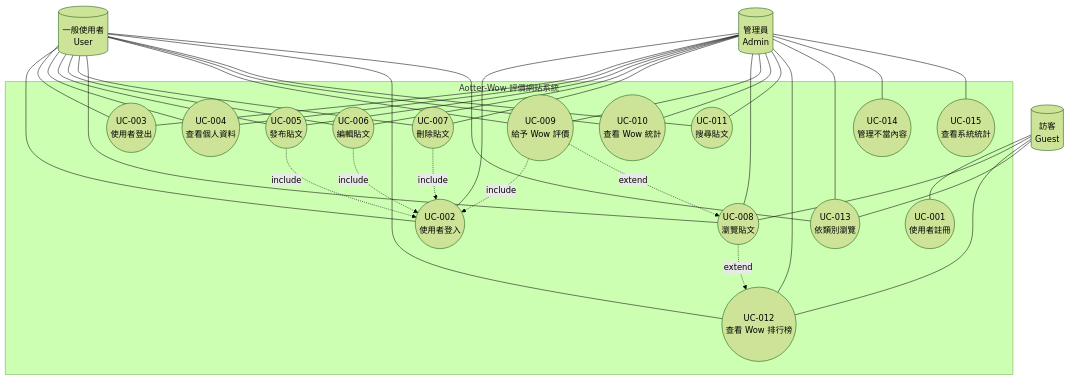
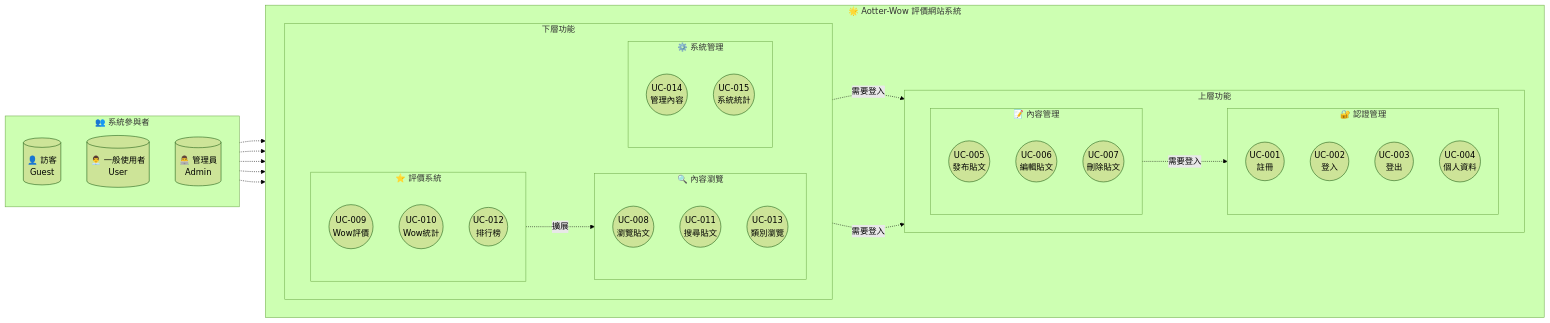
One commit to ayugioh2003/ooad-ai changed the first of 3 diagrams in aotter-wow-system/docs/use-cases.md. Above: the diagram before and after it, drawn with Mermaid (forest theme). The commit also changed other lines of this file, not shown here.

Commit message:
feat: 更新使用案例圖，改善參與者與功能模組的視覺化，增強可讀性與結構

````diff
--- a/aotter-wow-system/docs/use-cases.md
+++ b/aotter-wow-system/docs/use-cases.md
@@ -13,89 +13,77 @@
 ```mermaid
-flowchart TD
-    %% 參與者
-    Guest[("訪客<br/>Guest")]
-    User[("一般使用者<br/>User")]
-    Admin[("管理員<br/>Admin")]
+flowchart LR
+    %% 參與者定義 (左側)
+    subgraph Actors ["👥 系統參與者"]
+        direction TB
+        Guest[("👤 訪客<br/>Guest")]
+        User[("👨‍💼 一般使用者<br/>User")]
+        Admin[("👨‍💻 管理員<br/>Admin")]
+    end
     
-    %% 使用案例
-    UC001(("UC-001<br/>使用者註冊"))
-    UC002(("UC-002<br/>使用者登入"))
-    UC003(("UC-003<br/>使用者登出"))
-    UC004(("UC-004<br/>查看個人資料"))
-    UC005(("UC-005<br/>發布貼文"))
-    UC006(("UC-006<br/>編輯貼文"))
-    UC007(("UC-007<br/>刪除貼文"))
-    UC008(("UC-008<br/>瀏覽貼文"))
-    UC009(("UC-009<br/>給予 Wow 評價"))
-    UC010(("UC-010<br/>查看 Wow 統計"))
-    UC011(("UC-011<br/>搜尋貼文"))
-    UC012(("UC-012<br/>查看 Wow 排行榜"))
-    UC013(("UC-013<br/>依類別瀏覽"))
-    UC014(("UC-014<br/>管理不當內容"))
-    UC015(("UC-015<br/>查看系統統計"))
+    %% 系統邊界與功能分組 (橫向排列)
+    subgraph System ["🌟 Aotter-Wow 評價網站系統"]
+        direction LR
+        
+        %% 第一排功能模組
+        subgraph Row1 ["上層功能"]
+            direction LR
+            
+            subgraph Auth ["🔐 認證管理"]
+                direction TB
+                UC001(("UC-001<br/>註冊"))
+                UC002(("UC-002<br/>登入"))
+                UC003(("UC-003<br/>登出"))
+                UC004(("UC-004<br/>個人資料"))
+            end
+            
+            subgraph Content ["📝 內容管理"]
+                direction TB
+                UC005(("UC-005<br/>發布貼文"))
+                UC006(("UC-006<br/>編輯貼文"))
+                UC007(("UC-007<br/>刪除貼文"))
+            end
+        end
+        
+        %% 第二排功能模組
+        subgraph Row2 ["下層功能"]
+            direction LR
+            
+            subgraph Browse ["🔍 內容瀏覽"]
+                direction TB
+                UC008(("UC-008<br/>瀏覽貼文"))
+                UC011(("UC-011<br/>搜尋貼文"))
+                UC013(("UC-013<br/>類別瀏覽"))
+            end
+            
+            subgraph Rating ["⭐ 評價系統"]
+                direction TB
+                UC009(("UC-009<br/>Wow評價"))
+                UC010(("UC-010<br/>Wow統計"))
+                UC012(("UC-012<br/>排行榜"))
+            end
+            
+            subgraph Management ["⚙️ 系統管理"]
+                direction TB
+                UC014(("UC-014<br/>管理內容"))
+                UC015(("UC-015<br/>系統統計"))
+            end
+        end
+    end
     
-    %% 訪客的使用案例
-    Guest --- UC001
-    Guest --- UC008
-    Guest --- UC012
-    Guest --- UC013
+    %% 參與者與功能的連接 (簡化線條)
+    Actors -.-> Auth
+    Actors -.-> Browse
     
-    %% 一般使用者的使用案例
-    User --- UC002
-    User --- UC003
-    User --- UC004
-    User --- UC005
-    User --- UC006
-    User --- UC007
-    User --- UC008
-    User --- UC009
-    User --- UC010
-    User --- UC011
-    User --- UC012
-    User --- UC013
+    User -.-> Content
+    User -.-> Rating
     
-    %% 管理員的使用案例 (繼承一般使用者)
-    Admin --- UC002
-    Admin --- UC003
-    Admin --- UC004
-    Admin --- UC005
-    Admin --- UC006
-    Admin --- UC007
-    Admin --- UC008
-    Admin --- UC009
-    Admin --- UC010
-    Admin --- UC011
-    Admin --- UC012
-    Admin --- UC013
-    Admin --- UC014
-    Admin --- UC015
+    Admin -.-> Management
     
-    %% 包含關係
-    UC005 -.->|include| UC002
-    UC009 -.->|include| UC002
-    UC006 -.->|include| UC002
-    UC007 -.->|include| UC002
+    %% 重要的包含關係
+    Content -.->|需要登入| Auth
+    Rating -.->|需要登入| Auth
+    Management -.->|需要登入| Auth
     
     %% 擴展關係
-    UC009 -.->|extend| UC008
-    UC008 -.->|extend| UC012
-    
-    %% 系統邊界
-    subgraph "Aotter-Wow 評價網站系統"
-        UC001
-        UC002
-        UC003
-        UC004
-        UC005
-        UC006
-        UC007
-        UC008
-        UC009
-        UC010
-        UC011
-        UC012
-        UC013
-        UC014
-        UC015
-    end
+    Rating -.->|擴展| Browse
 ```
````
